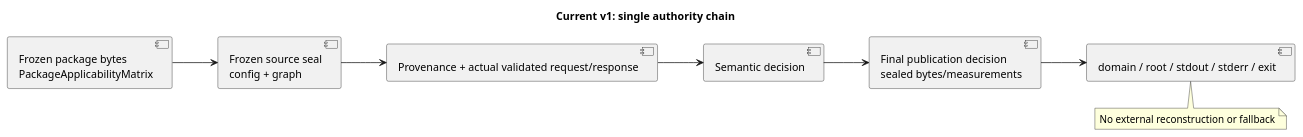
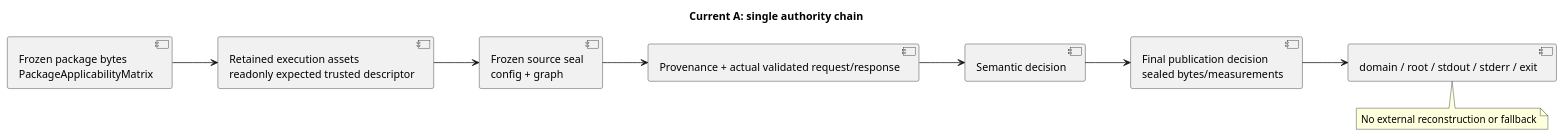
One commit to chemitaro/code-structure-viz changed the first of 6 diagrams in spec-dock/initiatives/init-00001-code-structure-visualization/epics/epic-00002-safe-git-structure-comparison/issues/iss-00008-generate-nextjs-component-snapshots/design.md. Above: the diagram before and after it, drawn with PlantUML. The commit also changed other lines of this file and 5 other files, not shown here.

````diff
--- a/spec-dock/initiatives/init-00001-code-structure-visualization/epics/epic-00002-safe-git-structure-comparison/issues/iss-00008-generate-nextjs-component-snapshots/design.md
+++ b/spec-dock/initiatives/init-00001-code-structure-visualization/epics/epic-00002-safe-git-structure-comparison/issues/iss-00008-generate-nextjs-component-snapshots/design.md
@@ -84,18 +86,20 @@
 ```plantuml
 @startuml
-title Current v1: single authority chain
+title Current A: single authority chain
 left to right direction
 component "Frozen package bytes\nPackageApplicabilityMatrix" as A
+component "Retained execution assets\nreadonly expected trusted descriptor" as E
 component "Frozen source seal\nconfig + graph" as S
 component "Provenance + actual validated request/response" as V
 component "Semantic decision" as D
 component "Final publication decision\nsealed bytes/measurements" as P
 component "domain / root / stdout / stderr / exit" as O
-A --> S
+A --> E
+E --> S
 S --> V
 V --> D
 D --> P
 P --> O
 note bottom of O : No external reconstruction or fallback
 @enduml
 ```
````
